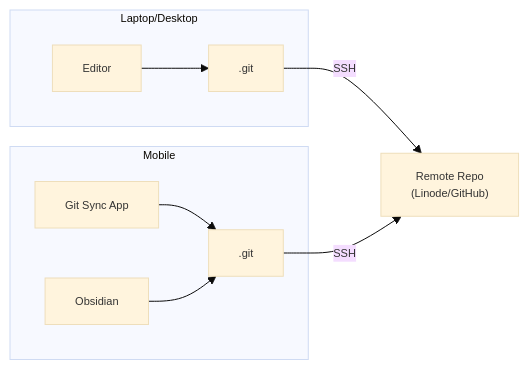
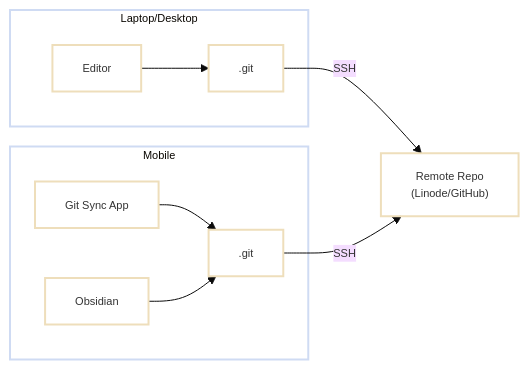
The second of 2 diagrams in _drafts/2025-12-04-note-taking-for-programmers-zk-vscode-vim.md (charnley/blog), drawn with Mermaid before and after one commit. The commit also changed other lines of this file, not shown here.

Commit message:
Fixed mermaid colors

````diff
--- a/_drafts/2025-12-04-note-taking-for-programmers-zk-vscode-vim.md
+++ b/_drafts/2025-12-04-note-taking-for-programmers-zk-vscode-vim.md
@@ -160,34 +163,38 @@
 ```mermaid
 
 %%{init: {
   "theme": "base",
   "themeVariables": {
     "fontFamily": "Mononoki, Monaco, mono",
     "fontSize": "11px",
     "lineHeight": "1.2"
   }
 }}%%
 
 flowchart LR
 
     subgraph Laptop["Laptop/Desktop"]
         LEditor["Editor"]
         LRepo[".git"]
         LEditor --> LRepo
     end
 
     subgraph Mobile
         GitSync["Git Sync App"]
         Obsidian["Obsidian"]
         MRepo[".git"]
         GitSync --> MRepo
         Obsidian --> MRepo
     end
 
     Remote["Remote Repo<br/>(Linode/GitHub)"]
 
     LRepo -- SSH --> Remote
     MRepo -- SSH --> Remote
 
+    classDef default stroke-width:2px;
+    classDef default fill: transparent;
+    classDef ParentGraph fill: transparent, stroke-width:2px;
+    class Laptop,Mobile ParentGraph
 
 ```
````
